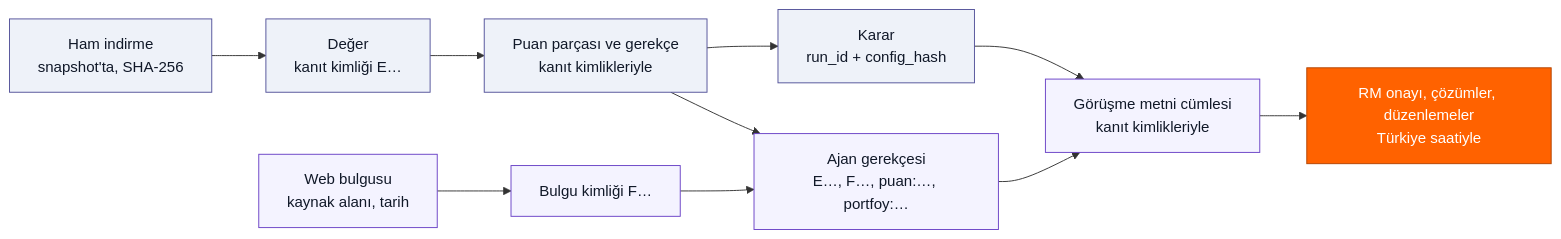
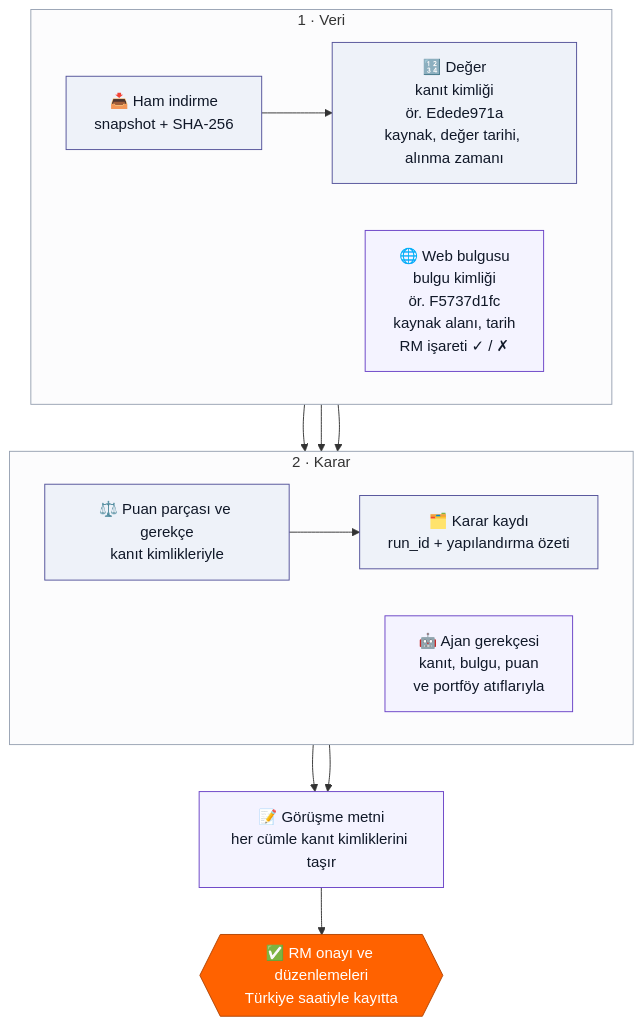
One commit to ArdahanDogru/ing-hackathon-rm-prep changed the sixth of 6 diagrams in README.md. Above: the diagram before and after it, drawn with Mermaid.

Commit message:
README section 8: traceability chart in two layers (Veri, Karar) with plain words for the ids and real examples

````diff
--- a/README.md
+++ b/README.md
@@ -545,18 +545,29 @@
 ```mermaid
-flowchart LR
-    P["Ham indirme<br/>snapshot'ta, SHA-256"] --> D["Değer<br/>kanıt kimliği E…"]
-    W["Web bulgusu<br/>kaynak alanı, tarih"] --> F["Bulgu kimliği F…"]
-    D --> O["Puan parçası ve gerekçe<br/>kanıt kimlikleriyle"]
-    O --> R["Karar<br/>run_id + config_hash"]
-    F --> AG["Ajan gerekçesi<br/>E…, F…, puan:…, portfoy:…"]
-    O --> AG
-    R --> M["Görüşme metni cümlesi<br/>kanıt kimlikleriyle"]
+flowchart TB
+    subgraph L1["1 · Veri"]
+        direction LR
+        P["📥 Ham indirme<br/>snapshot + SHA-256"] --> D["🔢 Değer<br/>kanıt kimliği<br/>ör. Edede971a<br/>kaynak, değer tarihi, alınma zamanı"]
+        W["🌐 Web bulgusu<br/>bulgu kimliği<br/>ör. F5737d1fc<br/>kaynak alanı, tarih<br/>RM işareti ✓ / ✗"]
+    end
+    subgraph L2["2 · Karar"]
+        direction LR
+        O["⚖️ Puan parçası ve gerekçe<br/>kanıt kimlikleriyle"] --> R["🗂️ Karar kaydı<br/>run_id + yapılandırma özeti"]
+        AG["🤖 Ajan gerekçesi<br/>kanıt, bulgu, puan<br/>ve portföy atıflarıyla"]
+    end
+    M["📝 Görüşme metni<br/>her cümle kanıt kimliklerini taşır"]
+    A{{"✅ RM onayı ve düzenlemeleri<br/>Türkiye saatiyle kayıtta"}}
+    D --> O
+    D --> AG
+    W --> AG
+    R --> M
     AG --> M
-    M --> A["RM onayı, çözümler, düzenlemeler<br/>Türkiye saatiyle"]
+    M --> A
     classDef code fill:#EEF2F9,stroke:#525199,color:#101828
     classDef ai fill:#F4F3FF,stroke:#6941C6,color:#101828
     classDef human fill:#FF6200,stroke:#B34400,color:#fff
     class P,D,O,R code
-    class W,F,AG,M ai
+    class W,AG,M ai
     class A human
+    style L1 fill:#FCFCFD,stroke:#98A2B3
+    style L2 fill:#FCFCFD,stroke:#98A2B3
 ```
````
